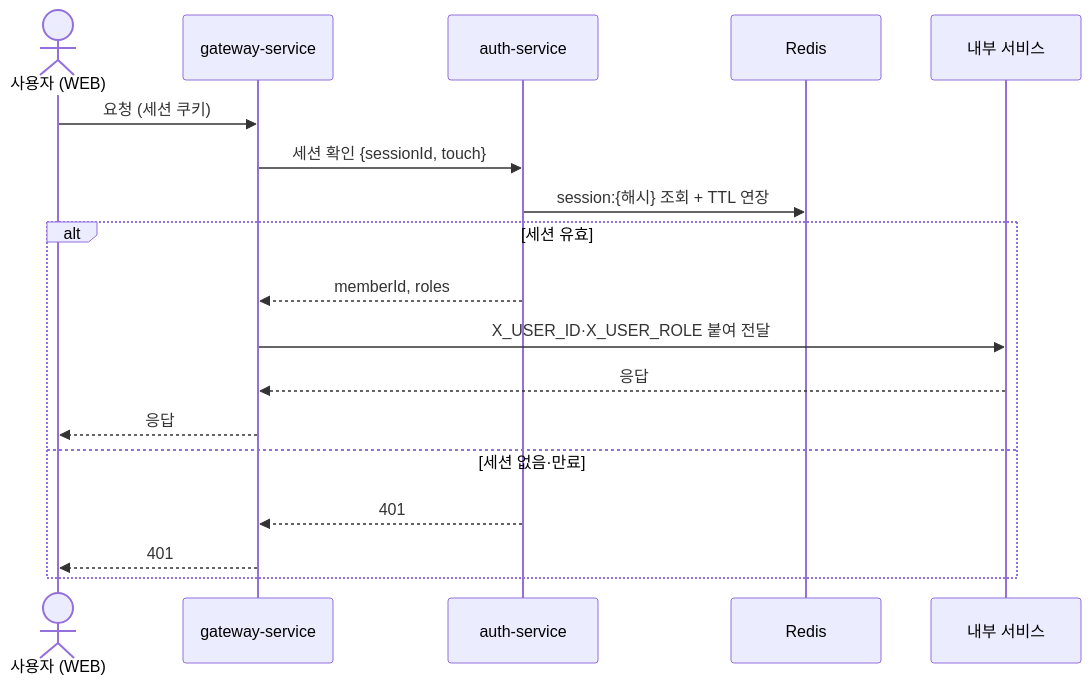
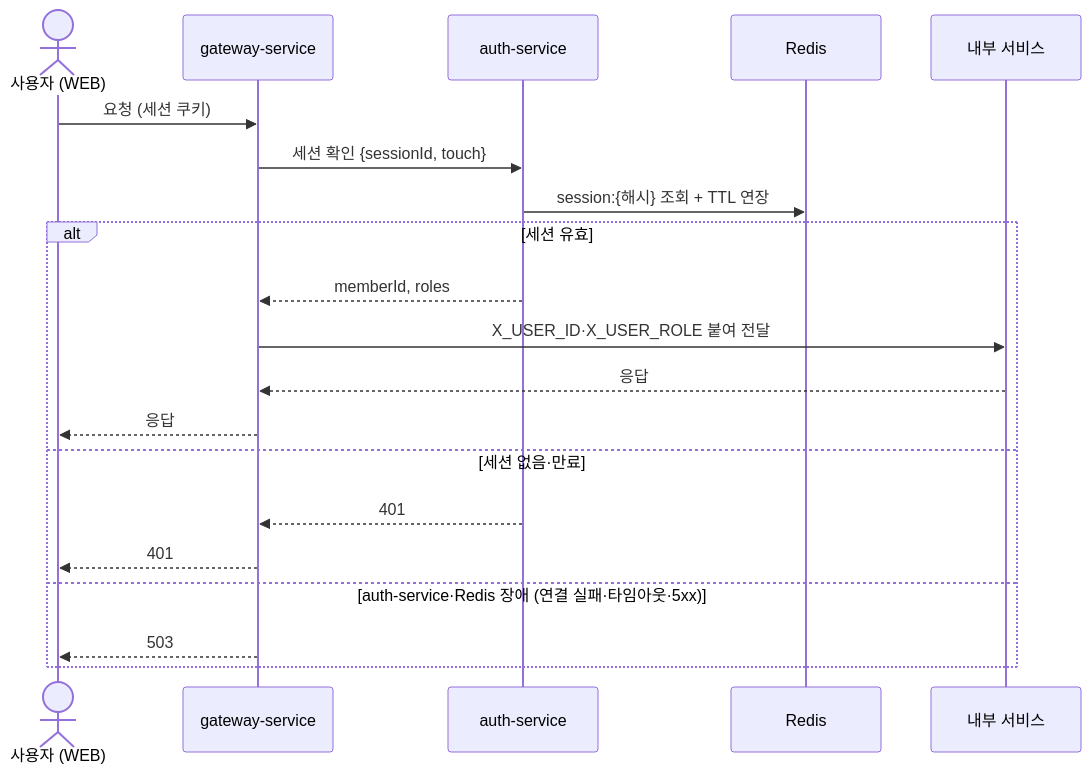
The second of 3 diagrams in .docs/spec/004-auth-spec.md (rivertw777/ModuDrive-API), drawn with Mermaid before and after one commit. The commit also changed other lines of this file and 5 other files, not shown here.

First line of the commit message:
fix(gateway): answer 503 when auth-service cannot check

````diff
--- a/.docs/spec/004-auth-spec.md
+++ b/.docs/spec/004-auth-spec.md
@@ -131,21 +131,23 @@
 ```mermaid
 sequenceDiagram
     actor U as 사용자 (WEB)
     participant G as gateway-service
     participant A as auth-service
     participant R as Redis
     participant S as 내부 서비스
 
     U->>G: 요청 (세션 쿠키)
     G->>A: 세션 확인 {sessionId, touch}
     A->>R: session:{해시} 조회 + TTL 연장
     alt 세션 유효
         A-->>G: memberId, roles
         G->>S: X_USER_ID·X_USER_ROLE 붙여 전달
         S-->>G: 응답
         G-->>U: 응답
     else 세션 없음·만료
         A-->>G: 401
         G-->>U: 401
+    else auth-service·Redis 장애 (연결 실패·타임아웃·5xx)
+        G-->>U: 503
     end
 ```
````
